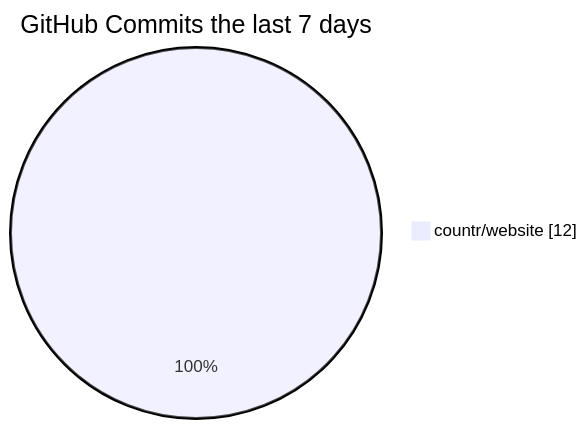
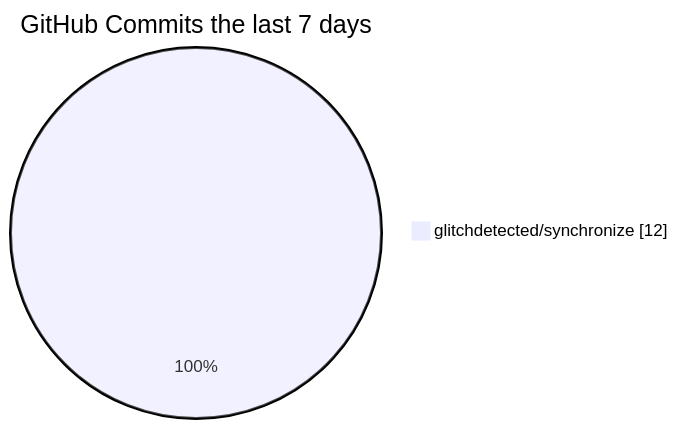
Before and after one commit to GlitchDetected/GlitchDetected: the diagram in README.md, drawn with Mermaid.

Commit message:
qrnclkjerqwnljknlqwjkcnjlqrwencjk

````diff
--- a/README.md
+++ b/README.md
@@ -34,5 +34,5 @@
 ```mermaid
   pie showData
     title GitHub Commits the last 7 days
-    "countr/website" : 12
+    "glitchdetected/synchronize" : 12
 ```
````
